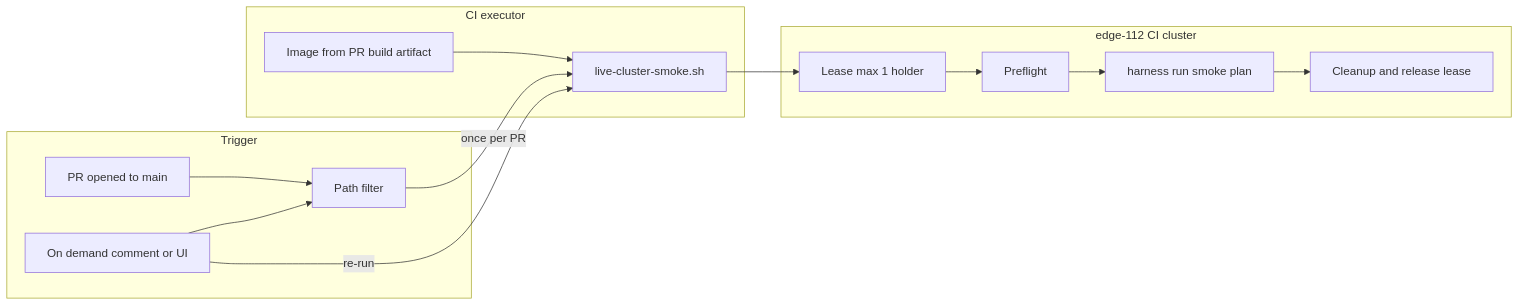
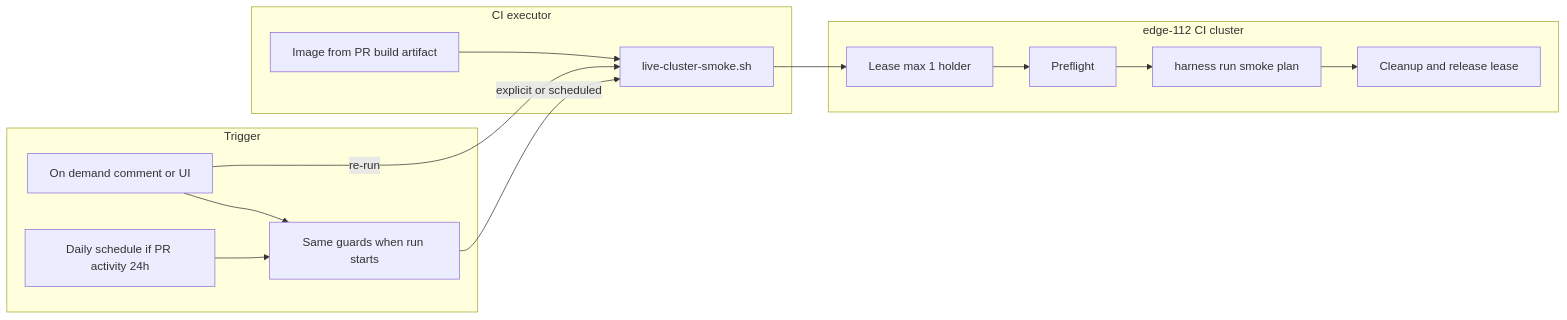
The diagram in docs/design/storage-cert-harness-ci-smoke-test.md (openshift-storage-cert/storage-cert-harness), drawn with Mermaid before and after one commit. The commit also changed other lines of this file and 4 other files, not shown here.

First line of the commit message:
ci(smoke): gate live smoke to manual, comment, and daily schedule

````diff
--- a/docs/design/storage-cert-harness-ci-smoke-test.md
+++ b/docs/design/storage-cert-harness-ci-smoke-test.md
@@ -44,25 +50,25 @@
 ```mermaid
 flowchart LR
   subgraph trigger [Trigger]
-    PR[PR opened to main]
-    PF[Path filter]
     OD[On demand comment or UI]
-    PR --> PF
+    SCH[Daily schedule if PR activity 24h]
+    PF[Same guards when run starts]
     OD --> PF
+    SCH --> PF
   end
   subgraph ci [CI executor]
     IB[Image from PR build artifact]
     LS[live-cluster-smoke.sh]
     IB --> LS
   end
   subgraph cluster [edge-112 CI cluster]
     LE[Lease max 1 holder]
     PRE[Preflight]
     RUN[harness run smoke plan]
     CLN[Cleanup and release lease]
     LE --> PRE --> RUN --> CLN
   end
-  PF -->|once per PR| LS
+  PF -->|explicit or scheduled| LS
   OD -->|re-run| LS
   LS --> LE
 ```
````
